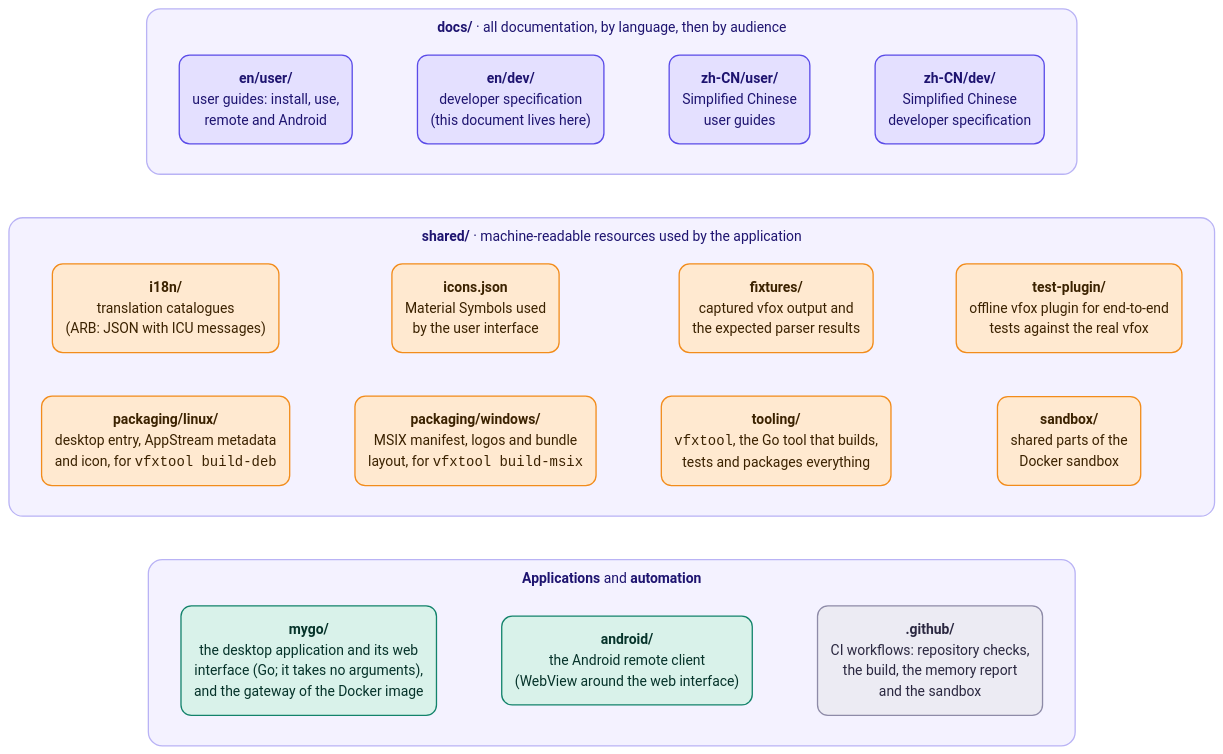
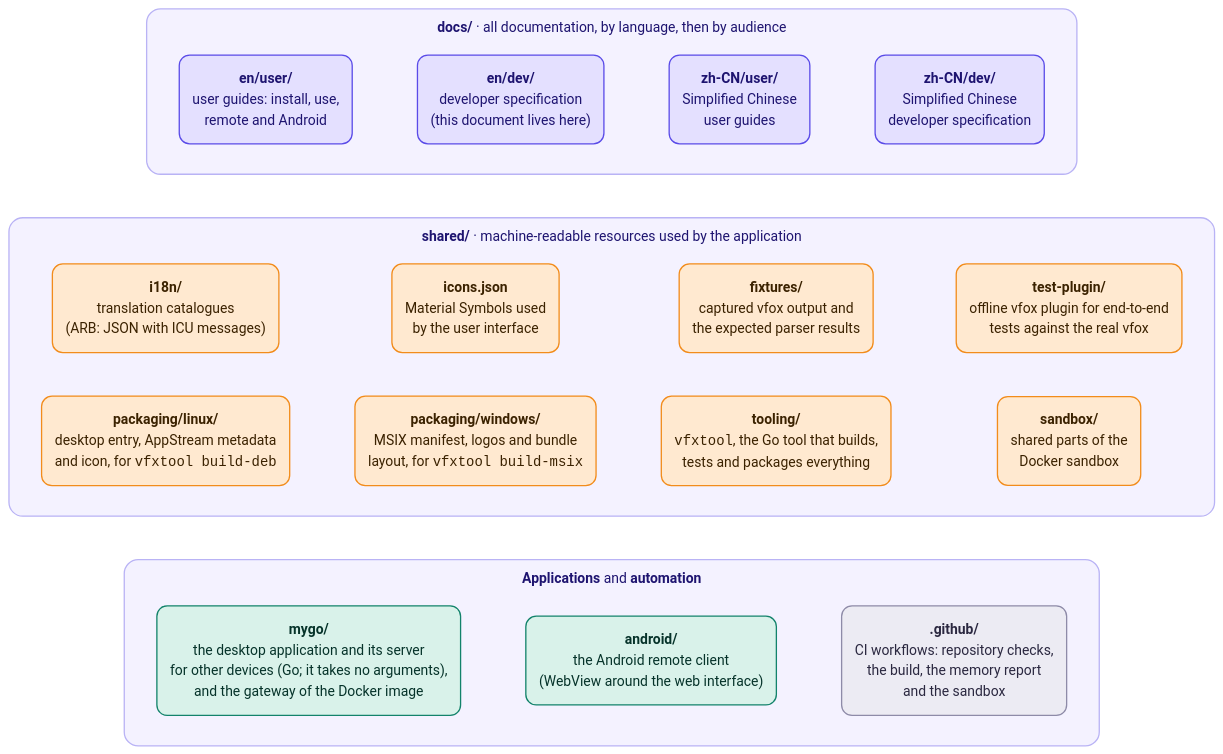
One commit to version-fox/vfox-plus changed the first of 5 diagrams in docs/en/dev/architecture.md. Above: the diagram before and after it, drawn with Mermaid. The commit also changed other lines of this file and 32 other files, not shown here.

First line of the commit message:
Document the desktop application as a server for other devices

````diff
--- a/docs/en/dev/architecture.md
+++ b/docs/en/dev/architecture.md
@@ -14,51 +14,51 @@
 ```mermaid
 ---
 config:
   theme: base
   themeVariables:
     fontFamily: "system-ui, -apple-system, 'Segoe UI', 'Noto Sans', 'Noto Sans CJK SC', 'PingFang SC', 'Microsoft YaHei', sans-serif"
     lineColor: "#7C79A8"
     primaryColor: "#FFE9D0"
     primaryBorderColor: "#F28C1B"
     primaryTextColor: "#3B2200"
     clusterBkg: "#F4F2FF"
     clusterBorder: "#B9B3F5"
     titleColor: "#1E1470"
     edgeLabelBackground: "#FFFFFF"
   flowchart:
     curve: basis
     wrappingWidth: 320
     subGraphTitleMargin:
       top: 10
       bottom: 8
 ---
 flowchart TB
     accTitle: Repository layout
     accDescr: docs holds the documentation, shared the resources used by the application, mygo the application and the gateway of the Docker image, android the Android client, and .github the CI workflows.
     subgraph docs["<b>docs/</b> · all documentation, by language, then by audience"]
         direction LR
         d1("<b>en/user/</b><br/>user guides: install, use,<br/>remote and Android") ~~~ d2("<b>en/dev/</b><br/>developer specification<br/>(this document lives here)") ~~~ d3("<b>zh-CN/user/</b><br/>Simplified Chinese<br/>user guides") ~~~ d4("<b>zh-CN/dev/</b><br/>Simplified Chinese<br/>developer specification")
     end
     subgraph shared["<b>shared/</b> · machine-readable resources used by the application"]
         direction LR
         s1("<b>i18n/</b><br/>translation catalogues<br/>(ARB: JSON with ICU messages)") ~~~ s2("<b>icons.json</b><br/>Material Symbols used<br/>by the user interface") ~~~ s3("<b>fixtures/</b><br/>captured vfox output and<br/>the expected parser results") ~~~ s4("<b>test-plugin/</b><br/>offline vfox plugin for end-to-end<br/>tests against the real vfox")
         s5("<b>packaging/linux/</b><br/>desktop entry, AppStream metadata<br/>and icon, for <code>vfxtool build-deb</code>") ~~~ s6("<b>packaging/windows/</b><br/>MSIX manifest, logos and bundle<br/>layout, for <code>vfxtool build-msix</code>") ~~~ s7("<b>tooling/</b><br/><code>vfxtool</code>, the Go tool that builds,<br/>tests and packages everything") ~~~ s8("<b>sandbox/</b><br/>shared parts of the<br/>Docker sandbox")
     end
     subgraph code["<b>Applications</b> and <b>automation</b>"]
         direction LR
-        m("<b>mygo/</b><br/>the desktop application and its web<br/>interface (Go; it takes no arguments),<br/>and the gateway of the Docker image") ~~~ a("<b>android/</b><br/>the Android remote client<br/>(WebView around the web interface)") ~~~ g("<b>.github/</b><br/>CI workflows: repository checks,<br/>the build, the memory report<br/>and the sandbox")
+        m("<b>mygo/</b><br/>the desktop application and its server<br/>for other devices (Go; it takes no arguments),<br/>and the gateway of the Docker image") ~~~ a("<b>android/</b><br/>the Android remote client<br/>(WebView around the web interface)") ~~~ g("<b>.github/</b><br/>CI workflows: repository checks,<br/>the build, the memory report<br/>and the sandbox")
     end
     docs ~~~ shared ~~~ code
 
     classDef docs fill:#E4E0FF,stroke:#5A4BE8,color:#1E1470,stroke-width:1.5px,rx:12,ry:12
     classDef shared fill:#FFE9D0,stroke:#F28C1B,color:#3B2200,stroke-width:1.5px,rx:12,ry:12
     classDef app fill:#D9F2EA,stroke:#13836B,color:#06332A,stroke-width:1.5px,rx:12,ry:12
     classDef ci fill:#ECEBF3,stroke:#8E8BA8,color:#2B2840,stroke-width:1.5px,rx:12,ry:12
     class d1,d2,d3,d4 docs
     class s1,s2,s3,s4,s5,s6,s7,s8 shared
     class m,a app
     class g ci
     style docs fill:#F4F2FF,stroke:#B9B3F5,stroke-width:1.5px,rx:16,ry:16
     style shared fill:#F4F2FF,stroke:#B9B3F5,stroke-width:1.5px,rx:16,ry:16
     style code fill:#F4F2FF,stroke:#B9B3F5,stroke-width:1.5px,rx:16,ry:16
 ```
````
